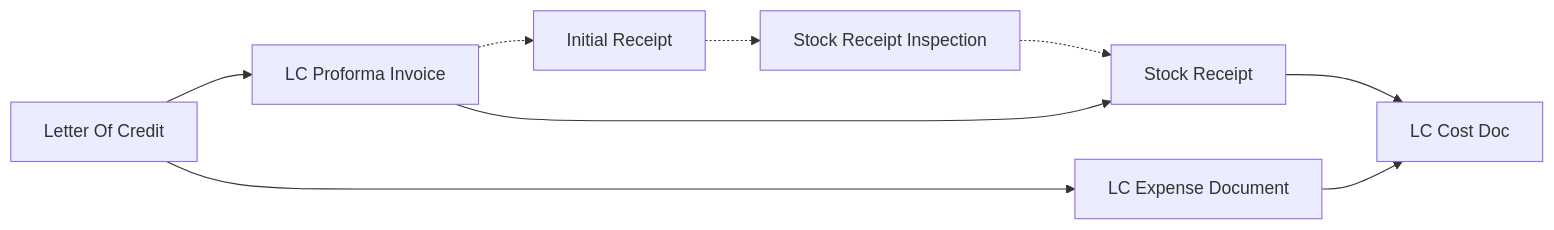
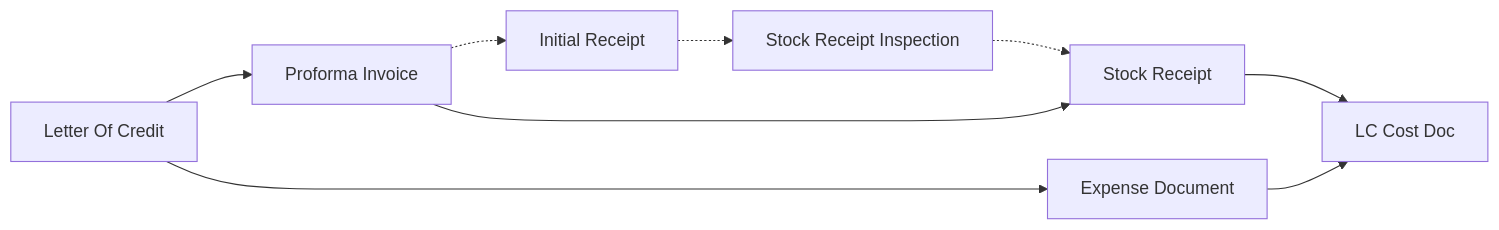
Before and after one commit to namasoft/namaerp-docs: the second of 2 diagrams in docs/business-scenarios/scenario-importer-landed-cost.md, drawn with Mermaid. The commit also changed other lines of this file and 1775 other files, not shown here.

````diff
--- a/docs/business-scenarios/scenario-importer-landed-cost.md
+++ b/docs/business-scenarios/scenario-importer-landed-cost.md
@@ -38,11 +38,11 @@
 ```mermaid
 flowchart LR
-    LC[Letter Of Credit] --> LP[LC Proforma Invoice]
-    LC --> LE[LC Expense Document]
+    LC[Letter Of Credit] --> LP[Proforma Invoice]
+    LC --> LE[Expense Document]
     LP -.-> IR[Initial Receipt]
     IR -.-> RI[Stock Receipt Inspection]
     RI -.-> SR[Stock Receipt]
     LP --> SR
     SR --> CD[LC Cost Doc]
     LE --> CD
 ```
````
